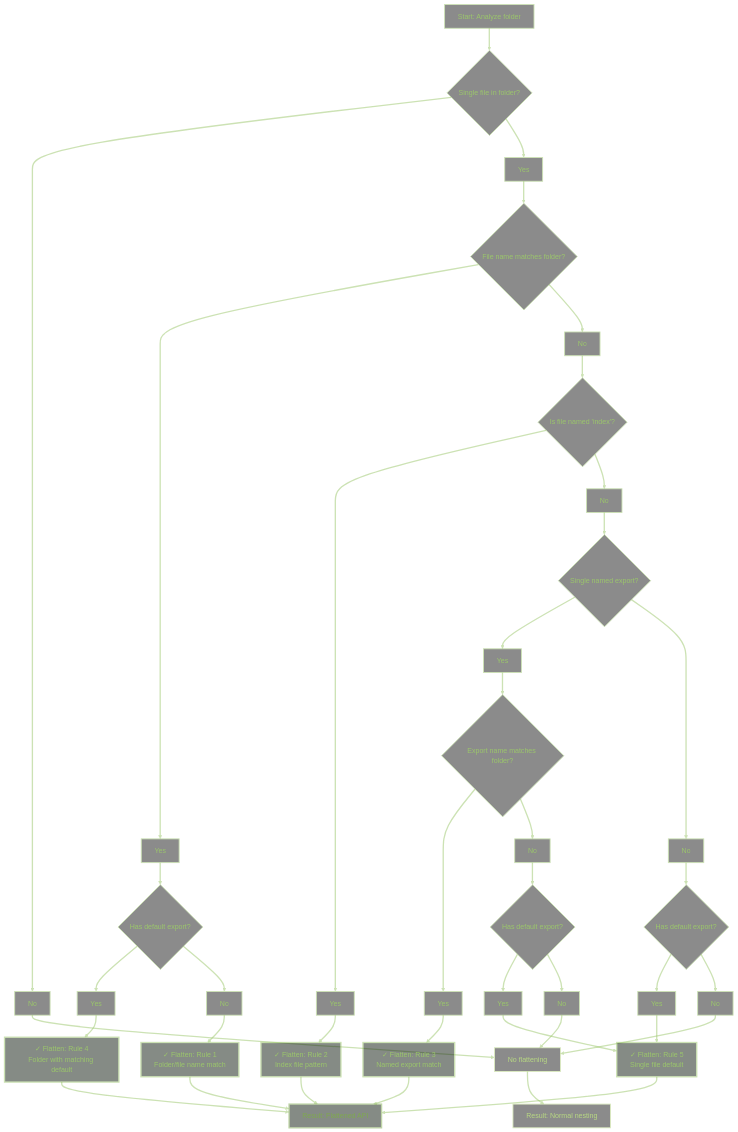
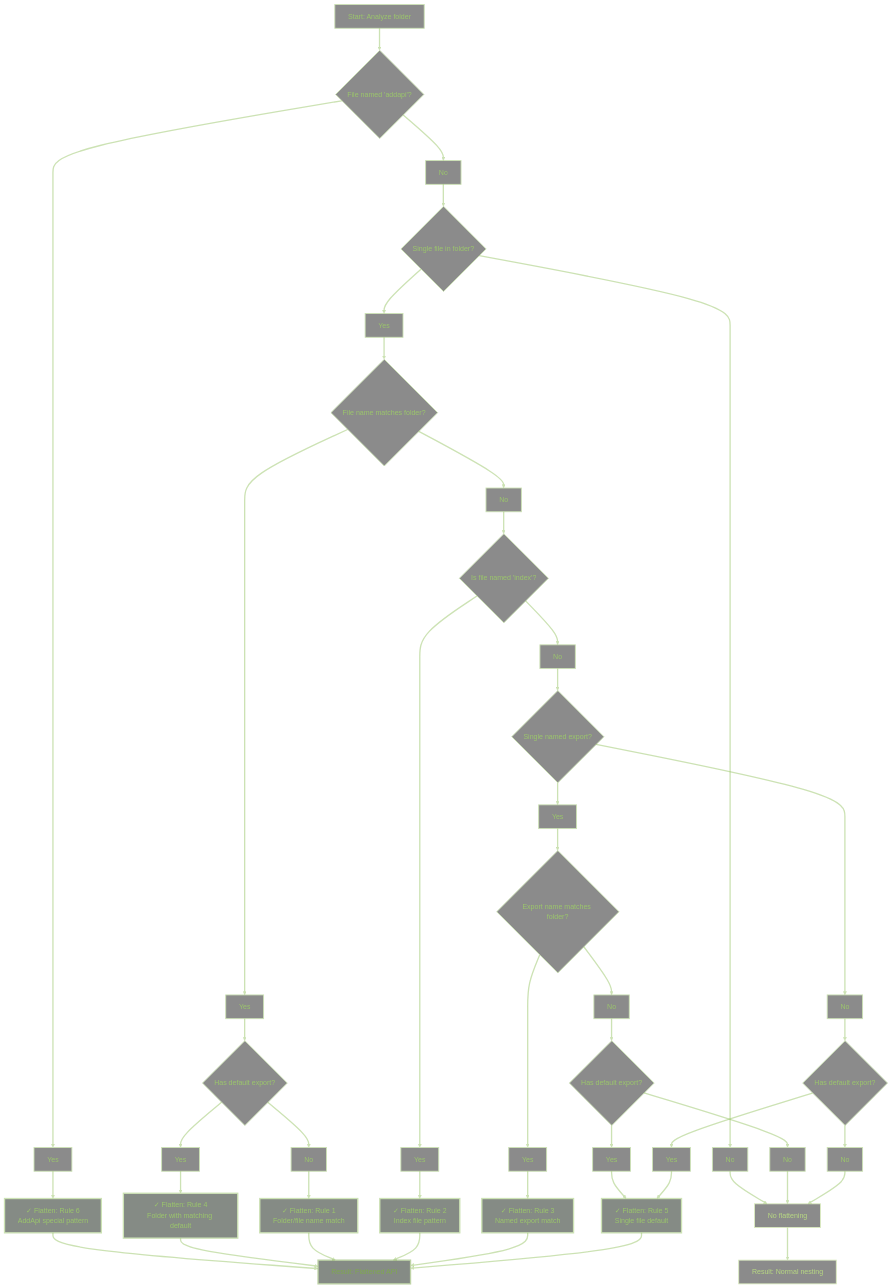
Before and after one commit to CLDMV/slothlet: the diagram in docs/API-FLATTENING.md, drawn with Mermaid. The commit also changed other lines of this file and 71 other files, not shown here.

````diff
--- a/docs/API-FLATTENING.md
+++ b/docs/API-FLATTENING.md
@@ -93,6 +150,9 @@
 ```mermaid
 flowchart TD
-	A[Start: Analyze folder] --> B{Single file in folder?}
+	A[Start: Analyze folder] --> AA{File named 'addapi'?}
+	AA --> AAYES[Yes] --> AAResult[✓ Flatten: Rule 6<br/>AddApi special pattern]
+	AA --> AANO[No] --> B{Single file in folder?}
+
 	B --> BNO[No] --> Z[No flattening]
 	B --> BYES[Yes] --> C{File name matches folder?}
 
@@ -115,7 +175,8 @@
 	N --> NYES[Yes] --> M
 	N --> NNO[No] --> Z
 
-	E --> O[Result: Flattened API]
+	AAResult --> O[Result: Flattened API]
+	E --> O
 	F --> O
 	H --> O
 	K --> O
@@ -124,6 +185,7 @@
 
 	%% Slothlet brand colors - #9BC66B primary on dark theme
 	style A fill:#1a1a1a,stroke:#9BC66B,stroke-width:2px,color:#9BC66B,opacity:0.5
+	style AA fill:#1a1a1a,stroke:#9BC66B,stroke-width:2px,color:#9BC66B,opacity:0.5
 	style B fill:#1a1a1a,stroke:#9BC66B,stroke-width:2px,color:#9BC66B,opacity:0.5
 	style C fill:#1a1a1a,stroke:#9BC66B,stroke-width:2px,color:#9BC66B,opacity:0.5
 	style D fill:#1a1a1a,stroke:#9BC66B,stroke-width:2px,color:#9BC66B,opacity:0.5
@@ -134,6 +196,8 @@
 	style N fill:#1a1a1a,stroke:#9BC66B,stroke-width:2px,color:#9BC66B,opacity:0.5
 
 	%% Yes/No nodes - styled boxes
+	style AAYES fill:#1a1a1a,stroke:#9BC66B,stroke-width:2px,color:#9BC66B,opacity:0.5
+	style AANO fill:#1a1a1a,stroke:#9BC66B,stroke-width:2px,color:#9BC66B,opacity:0.5
 	style BNO fill:#1a1a1a,stroke:#9BC66B,stroke-width:2px,color:#9BC66B,opacity:0.5
 	style BYES fill:#1a1a1a,stroke:#9BC66B,stroke-width:2px,color:#9BC66B,opacity:0.5
 	style CYES fill:#1a1a1a,stroke:#9BC66B,stroke-width:2px,color:#9BC66B,opacity:0.5
@@ -152,6 +216,7 @@
 	style NNO fill:#1a1a1a,stroke:#9BC66B,stroke-width:2px,color:#9BC66B,opacity:0.5
 
 	%% Success states - primary green
+	style AAResult fill:#0d1a0d,stroke:#9BC66B,stroke-width:3px,color:#9BC66B,opacity:0.5
 	style E fill:#0d1a0d,stroke:#9BC66B,stroke-width:3px,color:#9BC66B,opacity:0.5
 	style F fill:#0d1a0d,stroke:#9BC66B,stroke-width:3px,color:#9BC66B,opacity:0.5
 	style H fill:#0d1a0d,stroke:#9BC66B,stroke-width:3px,color:#9BC66B,opacity:0.5
````
